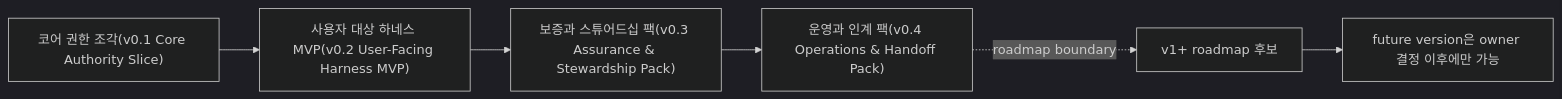
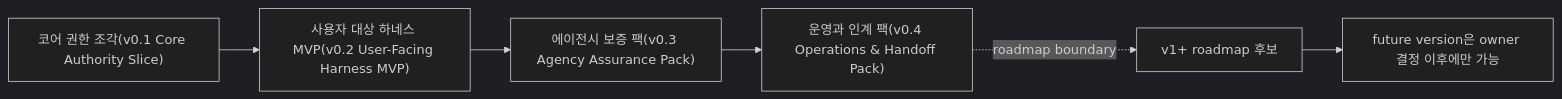
Before and after one commit to minjungw00/Harness_Project: the first of 4 diagrams in docs/ko/roadmap.md, drawn with Mermaid (dark theme). The commit also changed other lines of this file and 47 other files, not shown here.

````diff
--- a/docs/ko/roadmap.md
+++ b/docs/ko/roadmap.md
@@ -31,8 +31,8 @@
 ```mermaid
 flowchart LR
   Kernel["코어 권한 조각(v0.1 Core Authority Slice)"] --> MVP["사용자 대상 하네스 MVP(v0.2 User-Facing Harness MVP)"]
-  MVP --> Agency["보증과 스튜어드십 팩(v0.3 Assurance & Stewardship Pack)"]
+  MVP --> Agency["에이전시 보증 팩(v0.3 Agency Assurance Pack)"]
   Agency --> Ops["운영과 인계 팩(v0.4 Operations & Handoff Pack)"]
   Ops -. roadmap boundary .-> Later["v1+ roadmap 후보"]
   Later --> Promote["future version은 owner 결정 이후에만 가능"]
 ```
````
